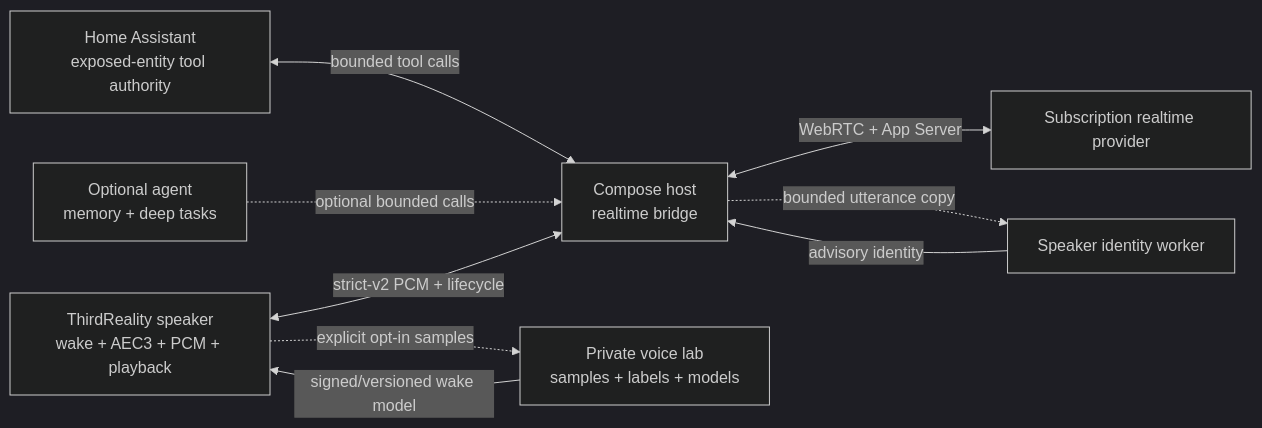
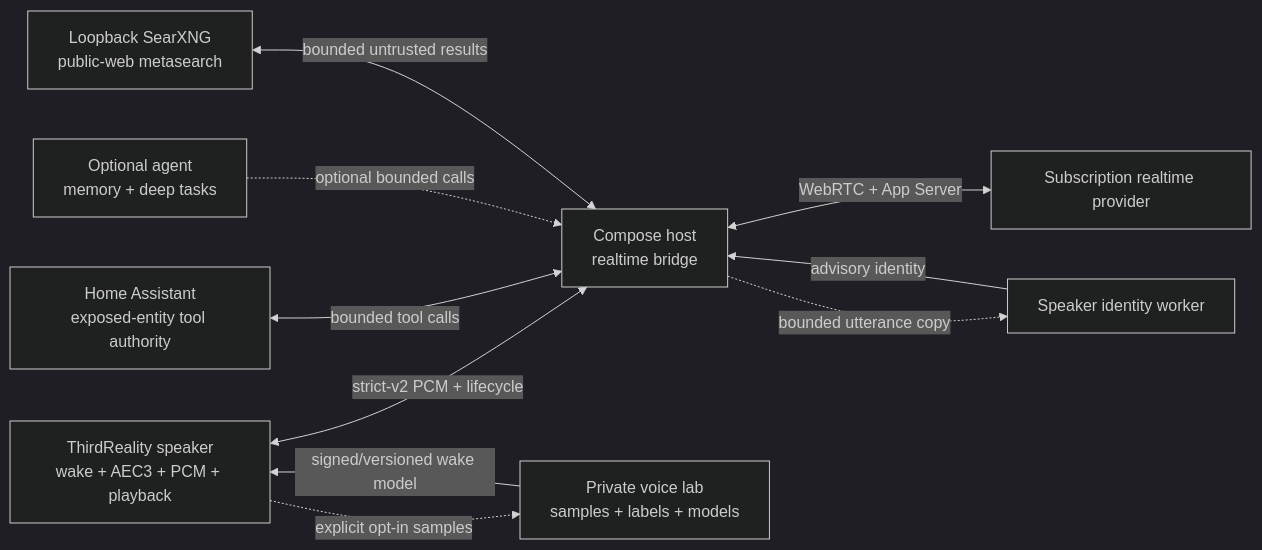
The diagram in advanced-realtime-features-plan.md (AurelioB/ha-codex-voice), drawn with Mermaid (dark theme) before and after one commit. The commit also changed other lines of this file and 14 other files, not shown here.

Commit message:
feat(realtime): add default web search

````diff
--- a/advanced-realtime-features-plan.md
+++ b/advanced-realtime-features-plan.md
@@ -24,19 +25,21 @@
 ```mermaid
 flowchart LR
     speaker["ThirdReality speaker\nwake + AEC3 + PCM + playback"]
     bridge["Compose host\nrealtime bridge"]
     provider["Subscription realtime provider"]
     lab["Private voice lab\nsamples + labels + models"]
     identity["Speaker identity worker"]
     ha["Home Assistant\nexposed-entity tool authority"]
     agent["Optional agent\nmemory + deep tasks"]
+    search["Loopback SearXNG\npublic-web metasearch"]
 
     speaker <-->|"strict-v2 PCM + lifecycle"| bridge
     bridge <-->|"WebRTC + App Server"| provider
     speaker -. "explicit opt-in samples" .-> lab
     lab -->|"signed/versioned wake model"| speaker
     bridge -. "bounded utterance copy" .-> identity
     identity -->|"advisory identity"| bridge
     ha <-->|"bounded tool calls"| bridge
     agent -.->|"optional bounded calls"| bridge
+    search <-->|"bounded untrusted results"| bridge
 ```
````
